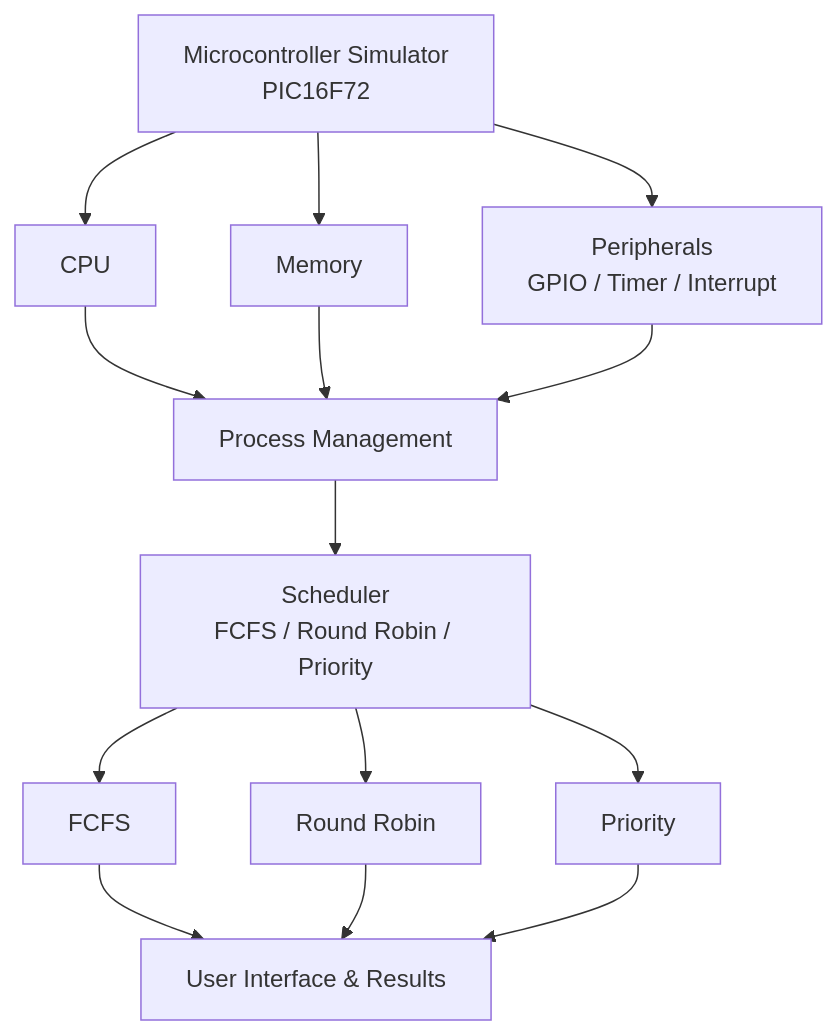
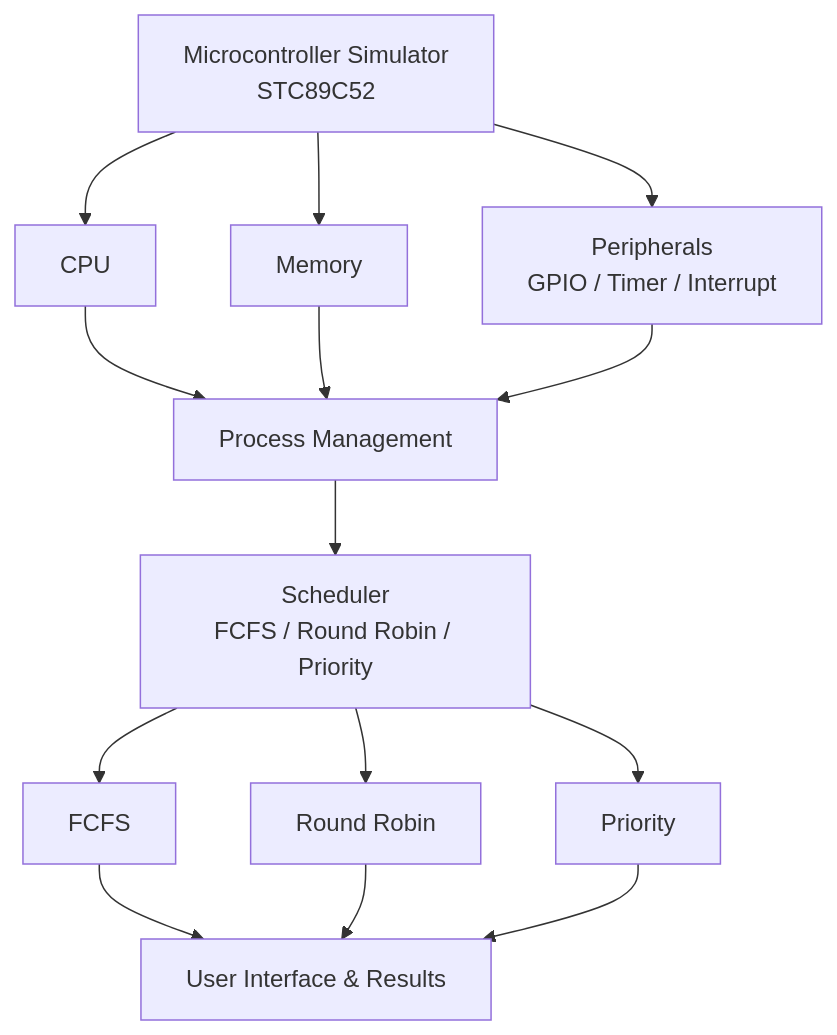
One commit to Venkateshwara01/Team-Thanthrashakthi changed the diagram in README.md. Above: the diagram before and after it, drawn with Mermaid.

Commit message:
Update project details and development plan in README

````diff
--- a/README.md
+++ b/README.md
@@ -35,16 +35,16 @@
 ```mermaid
 graph TD
-    A[Microcontroller Simulator<br/>PIC16F72] --> B[CPU]
+    A[Microcontroller Simulator<br/>STC89C52] --> B[CPU]
     A --> C[Memory]
     A --> D[Peripherals<br/>GPIO / Timer / Interrupt]
     B --> E[Process Management]
     C --> E
     D --> E
     E --> F[Scheduler<br/>FCFS / Round Robin / Priority]
     F --> G[FCFS]
     F --> H[Round Robin]
     F --> I[Priority]
     G --> J[User Interface & Results]
     H --> J
     I --> J
 ```
````
